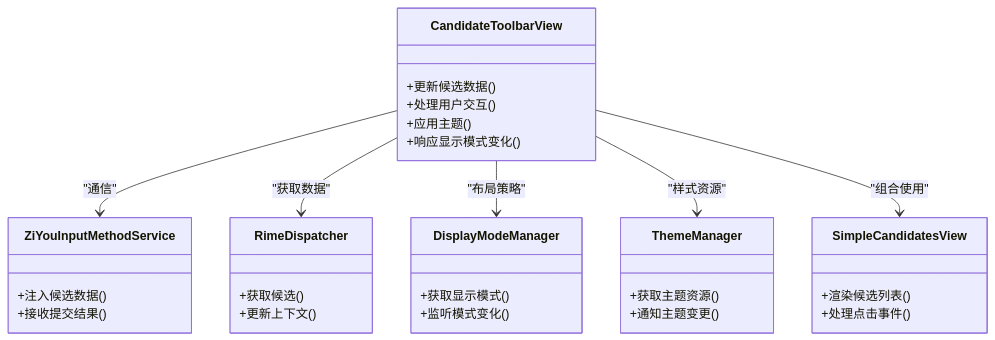
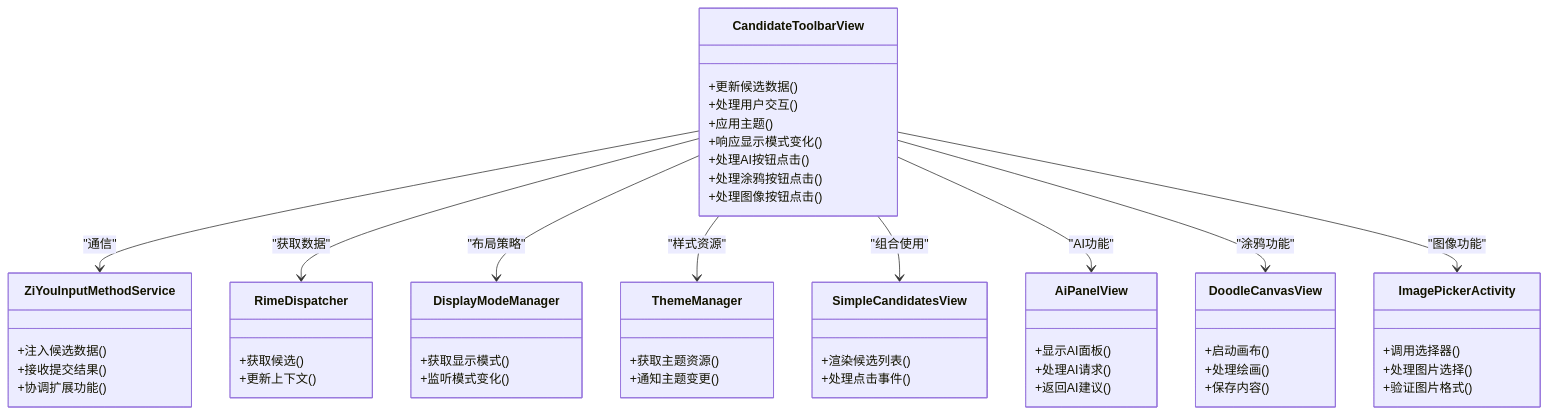
The fifth of 5 diagrams in .qoder/repowiki/zh/content/UI 组件/候选词工具栏视图 (CandidateToolbarView).md (qiaodashaoye/ziyou-ime), drawn with Mermaid before and after one commit. The commit also changed other lines of this file and 3 other files, not shown here.

````diff
--- a/.qoder/repowiki/zh/content/UI 组件/候选词工具栏视图 (CandidateToolbarView).md
+++ b/.qoder/repowiki/zh/content/UI 组件/候选词工具栏视图 (CandidateToolbarView).md
@@ -179,34 +300,56 @@
 ```mermaid
 classDiagram
 class CandidateToolbarView {
 +更新候选数据()
 +处理用户交互()
 +应用主题()
 +响应显示模式变化()
++处理AI按钮点击()
++处理涂鸦按钮点击()
++处理图像按钮点击()
 }
 class ZiYouInputMethodService {
 +注入候选数据()
 +接收提交结果()
++协调扩展功能()
 }
 class RimeDispatcher {
 +获取候选()
 +更新上下文()
 }
 class DisplayModeManager {
 +获取显示模式()
 +监听模式变化()
 }
 class ThemeManager {
 +获取主题资源()
 +通知主题变更()
 }
 class SimpleCandidatesView {
 +渲染候选列表()
 +处理点击事件()
 }
+class AiPanelView {
++显示AI面板()
++处理AI请求()
++返回AI建议()
+}
+class DoodleCanvasView {
++启动画布()
++处理绘画()
++保存内容()
+}
+class ImagePickerActivity {
++调用选择器()
++处理图片选择()
++验证图片格式()
+}
 CandidateToolbarView --> ZiYouInputMethodService : "通信"
 CandidateToolbarView --> RimeDispatcher : "获取数据"
 CandidateToolbarView --> DisplayModeManager : "布局策略"
 CandidateToolbarView --> ThemeManager : "样式资源"
 CandidateToolbarView --> SimpleCandidatesView : "组合使用"
+CandidateToolbarView --> AiPanelView : "AI功能"
+CandidateToolbarView --> DoodleCanvasView : "涂鸦功能"
+CandidateToolbarView --> ImagePickerActivity : "图像功能"
 ```
````
